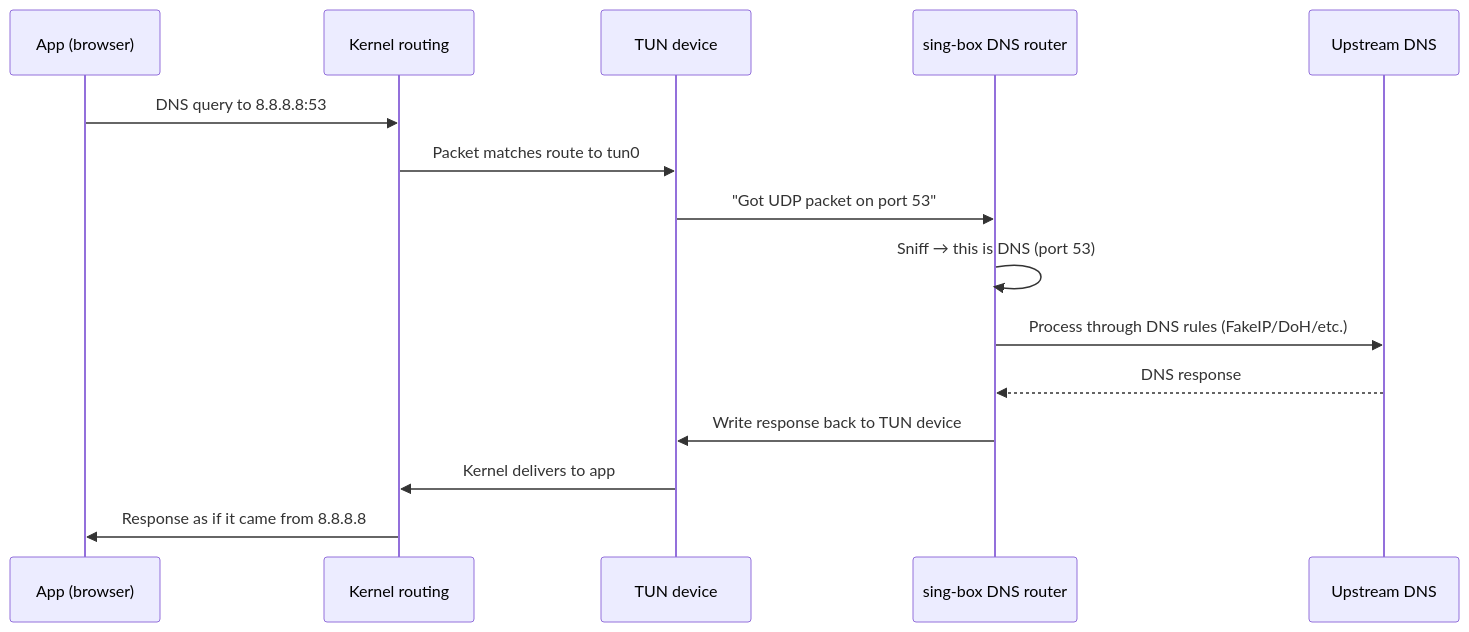
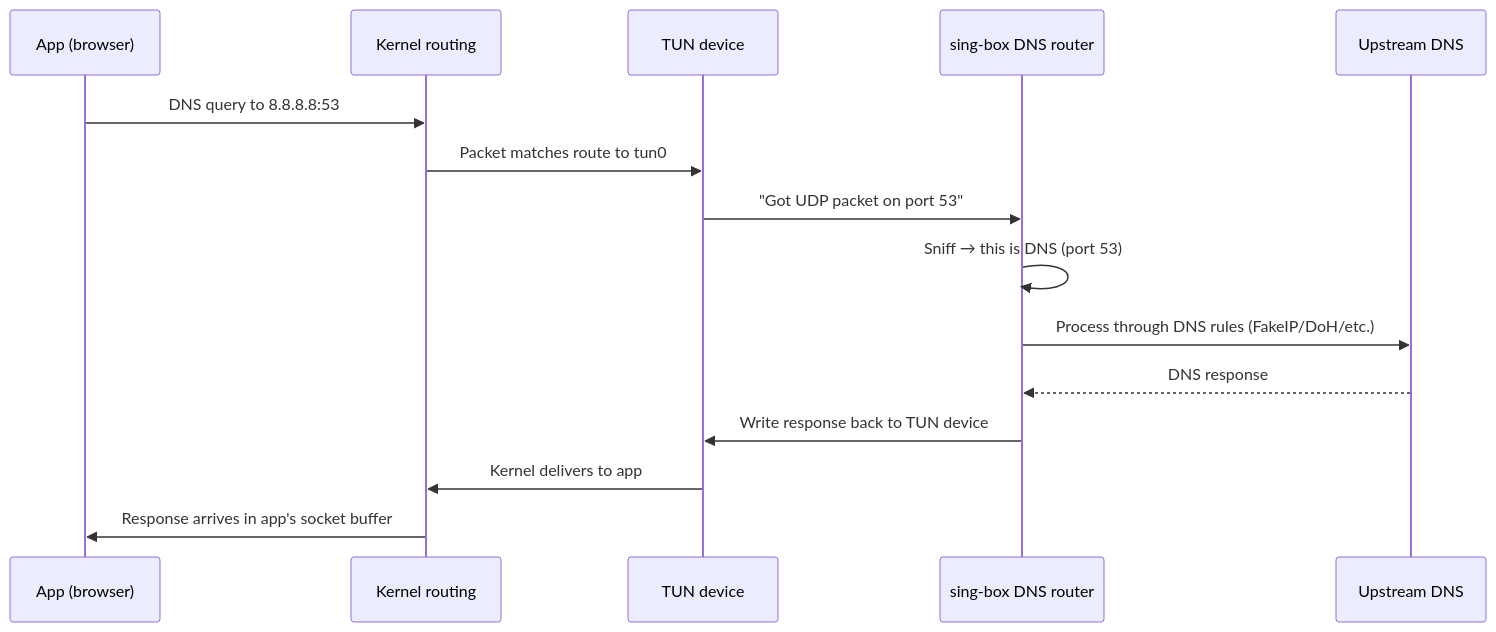
The third of 4 diagrams in networking-lessons-from-singbox/modules/06_tun-vpn.md (datmt/learning), drawn with Mermaid before and after one commit. The commit also changed other lines of this file and 2 other files, not shown here.

````diff
--- a/networking-lessons-from-singbox/modules/06_tun-vpn.md
+++ b/networking-lessons-from-singbox/modules/06_tun-vpn.md
@@ -235,18 +235,18 @@
 ```mermaid
 sequenceDiagram
     participant A as App (browser)
     participant K as Kernel routing
     participant T as TUN device
     participant D as sing-box DNS router
     participant R as Upstream DNS
     
     A->>K: DNS query to 8.8.8.8:53
     K->>T: Packet matches route to tun0
     T->>D: "Got UDP packet on port 53"
     D->>D: Sniff → this is DNS (port 53)
     D->>R: Process through DNS rules (FakeIP/DoH/etc.)
     R-->>D: DNS response
     D->>T: Write response back to TUN device
     T->>K: Kernel delivers to app
-    K->>A: Response as if it came from 8.8.8.8
+    K->>A: Response arrives in app's socket buffer
 ```
````
